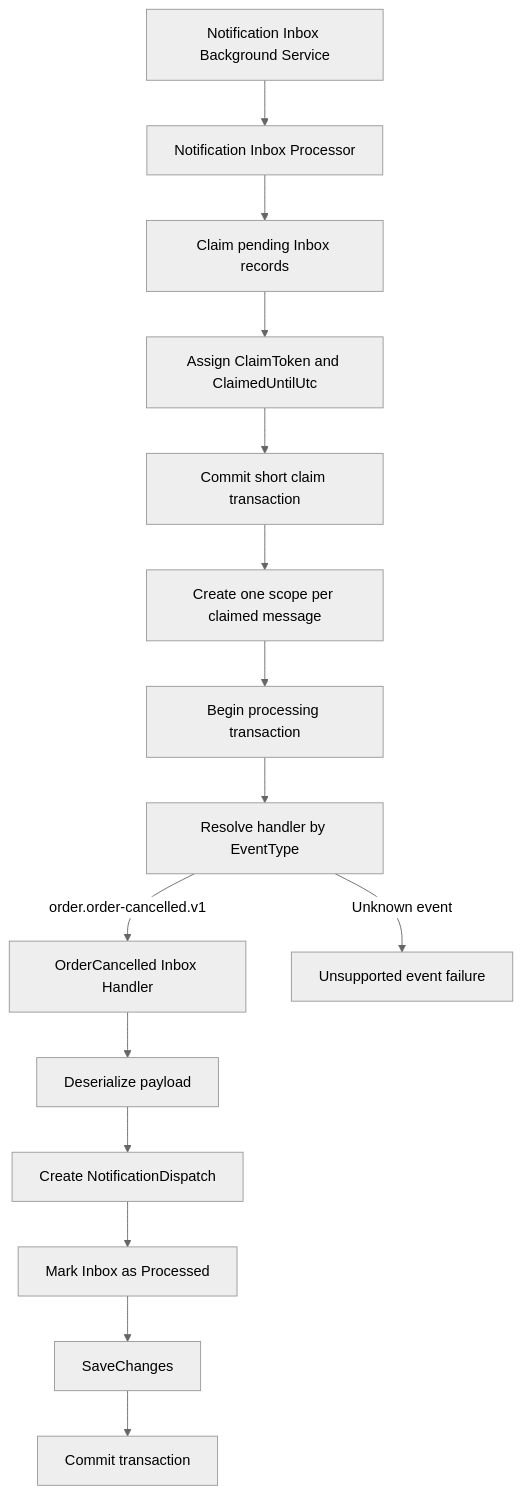
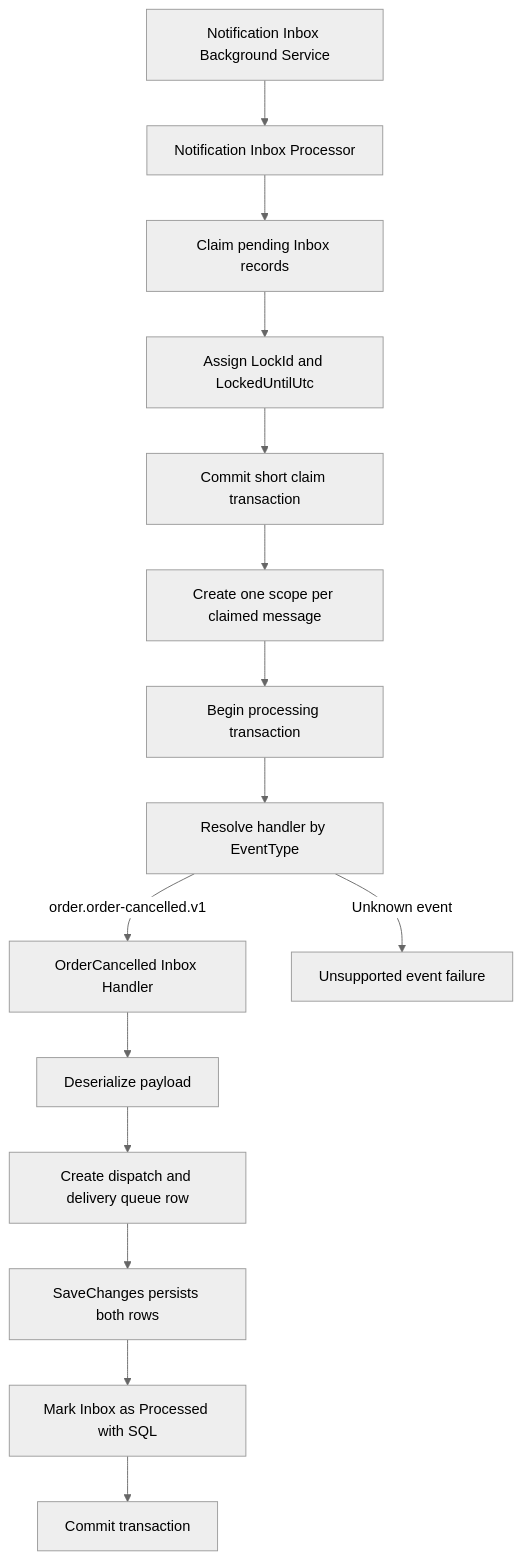
The seventh of 10 diagrams in docs/NotificationMessagingArchitecture.md (gorkemkayas/modular-saas-ecommerce), drawn with Mermaid (neutral theme) before and after one commit. The commit also changed other lines of this file and 30 other files, not shown here.

First line of the commit message:
feat(notification): add reliable background dispatch delivery

````diff
--- a/docs/NotificationMessagingArchitecture.md
+++ b/docs/NotificationMessagingArchitecture.md
@@ -189,21 +189,21 @@
 ```mermaid
 flowchart TD
     A[Notification Inbox Background Service]
     --> B[Notification Inbox Processor]
     B --> C[Claim pending Inbox records]
-    C --> D[Assign ClaimToken and ClaimedUntilUtc]
+    C --> D[Assign LockId and LockedUntilUtc]
     D --> E[Commit short claim transaction]
 
     E --> F[Create one scope per claimed message]
     F --> G[Begin processing transaction]
     G --> H[Resolve handler by EventType]
 
     H -->|order.order-cancelled.v1| I[OrderCancelled Inbox Handler]
     H -->|Unknown event| J[Unsupported event failure]
 
     I --> K[Deserialize payload]
-    K --> L[Create NotificationDispatch]
-    L --> M[Mark Inbox as Processed]
-    M --> N[SaveChanges]
-    N --> O[Commit transaction]
+    K --> L[Create dispatch and delivery queue row]
+    L --> N[SaveChanges persists both rows]
+    N --> M[Mark Inbox as Processed with SQL]
+    M --> O[Commit transaction]
 ```
````
